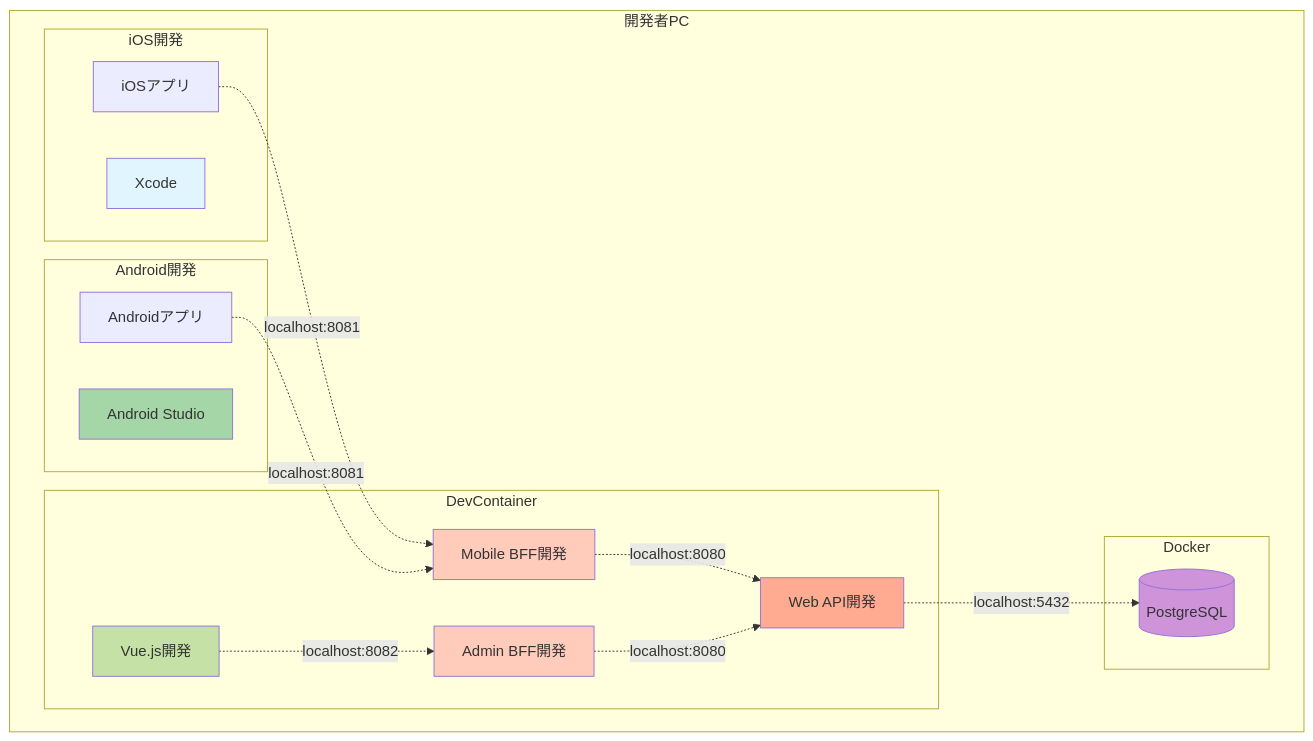
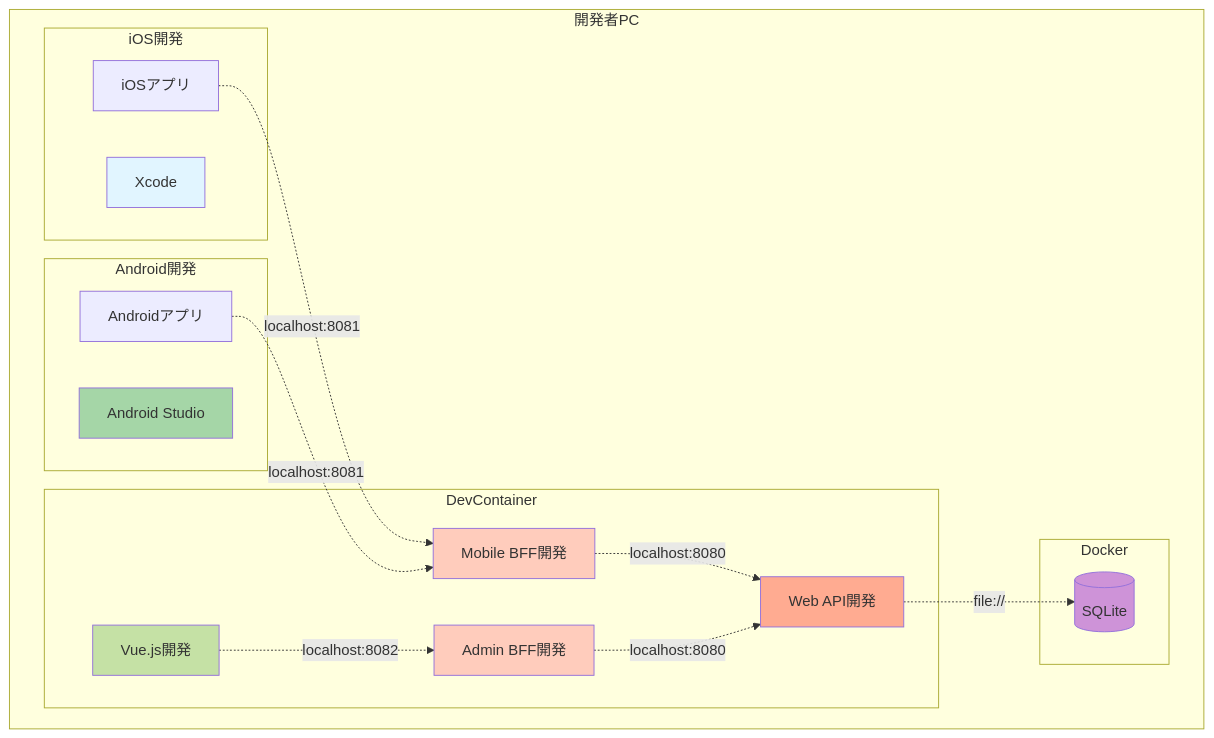
One commit to Takas0522/ws-demo-mobile-app changed the second of 10 diagrams in docs/architecture/01-system-context.md. Above: the diagram before and after it, drawn with Mermaid. The commit also changed other lines of this file and 42 other files, not shown here.

First line of the commit message:
docs: update all PostgreSQL references to SQLite

````diff
--- a/docs/architecture/01-system-context.md
+++ b/docs/architecture/01-system-context.md
@@ -109,40 +109,40 @@
 ```mermaid
 graph TB
     subgraph "開発者PC"
         subgraph "iOS開発"
             Xcode[Xcode]
             iOS[iOSアプリ]
         end
         
         subgraph "Android開発"
             AndroidStudio[Android Studio]
             Android[Androidアプリ]
         end
         
         subgraph "DevContainer"
             Vue[Vue.js開発]
             MobileBFF[Mobile BFF開発]
             AdminBFF[Admin BFF開発]
             WebAPI[Web API開発]
         end
         
         subgraph "Docker"
-            DB[(PostgreSQL)]
+            DB[(SQLite)]
         end
     end
     
     iOS -.->|localhost:8081| MobileBFF
     Android -.->|localhost:8081| MobileBFF
     Vue -.->|localhost:8082| AdminBFF
     MobileBFF -.->|localhost:8080| WebAPI
     AdminBFF -.->|localhost:8080| WebAPI
-    WebAPI -.->|localhost:5432| DB
+    WebAPI -.->|file://| DB
     
     style Xcode fill:#e1f5ff
     style AndroidStudio fill:#a5d6a7
     style Vue fill:#c5e1a5
     style MobileBFF fill:#ffccbc
     style AdminBFF fill:#ffccbc
     style WebAPI fill:#ffab91
     style DB fill:#ce93d8
 ```
````
